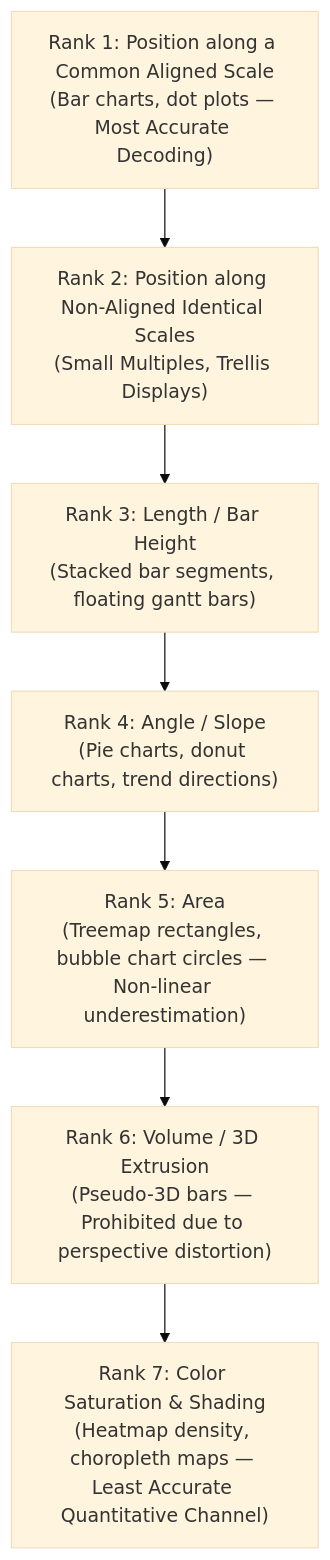
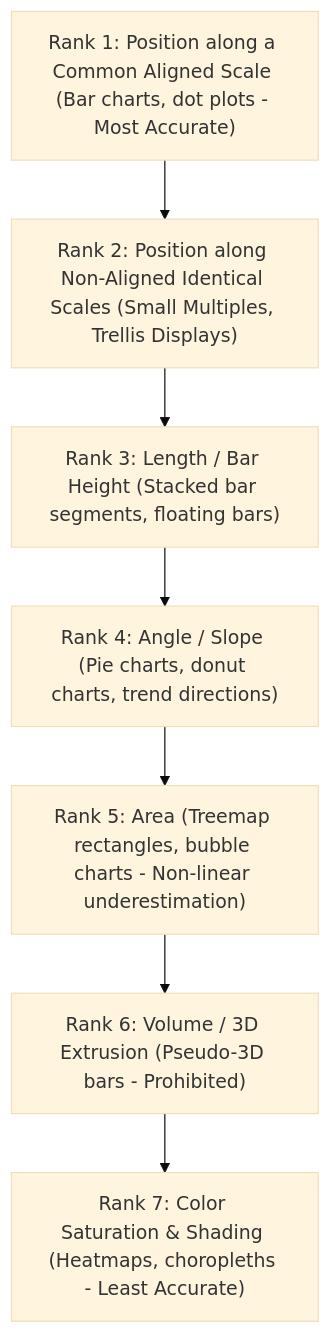
Before and after one commit to DeepLumiere/DeepSkills: diagram 15 of 18 in notes/data_analysis/Unit_5_notes.md, drawn with Mermaid (base theme). The commit also changed other lines of this file and 56 other files, not shown here.

````diff
--- a/notes/data_analysis/Unit_5_notes.md
+++ b/notes/data_analysis/Unit_5_notes.md
@@ -1260,12 +1260,12 @@
 ```mermaid
-graph TD
-    Rank1["Rank 1: Position along a Common Aligned Scale<br/>(Bar charts, dot plots — Most Accurate Decoding)"]
-    Rank2["Rank 2: Position along Non-Aligned Identical Scales<br/>(Small Multiples, Trellis Displays)"]
-    Rank3["Rank 3: Length / Bar Height<br/>(Stacked bar segments, floating gantt bars)"]
-    Rank4["Rank 4: Angle / Slope<br/>(Pie charts, donut charts, trend directions)"]
-    Rank5["Rank 5: Area<br/>(Treemap rectangles, bubble chart circles — Non-linear underestimation)"]
-    Rank6["Rank 6: Volume / 3D Extrusion<br/>(Pseudo-3D bars — Prohibited due to perspective distortion)"]
-    Rank7["Rank 7: Color Saturation & Shading<br/>(Heatmap density, choropleth maps — Least Accurate Quantitative Channel)"]
+flowchart TD
+    Rank1["Rank 1: Position along a Common Aligned Scale (Bar charts, dot plots - Most Accurate)"]
+    Rank2["Rank 2: Position along Non-Aligned Identical Scales (Small Multiples, Trellis Displays)"]
+    Rank3["Rank 3: Length / Bar Height (Stacked bar segments, floating bars)"]
+    Rank4["Rank 4: Angle / Slope (Pie charts, donut charts, trend directions)"]
+    Rank5["Rank 5: Area (Treemap rectangles, bubble charts - Non-linear underestimation)"]
+    Rank6["Rank 6: Volume / 3D Extrusion (Pseudo-3D bars - Prohibited)"]
+    Rank7["Rank 7: Color Saturation & Shading (Heatmaps, choropleths - Least Accurate)"]
 
     Rank1 --> Rank2 --> Rank3 --> Rank4 --> Rank5 --> Rank6 --> Rank7
 ```
````
